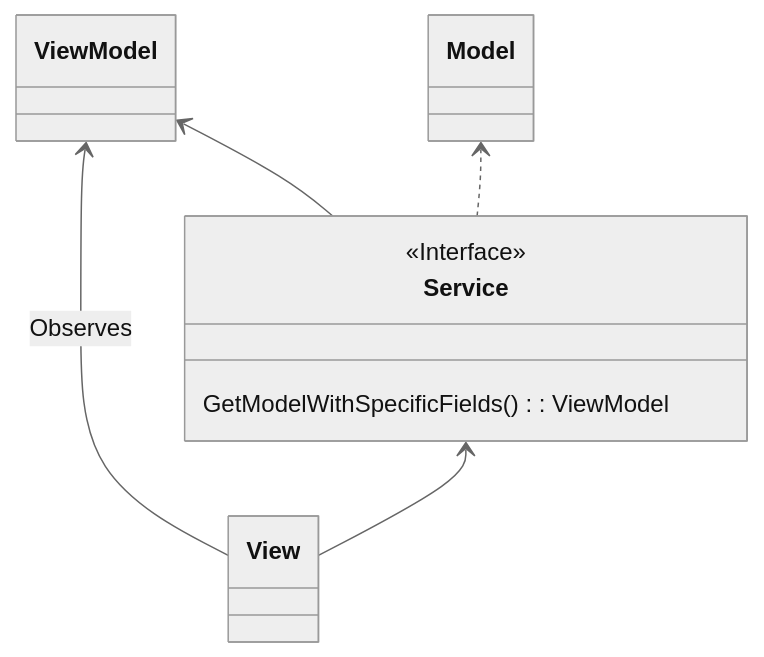
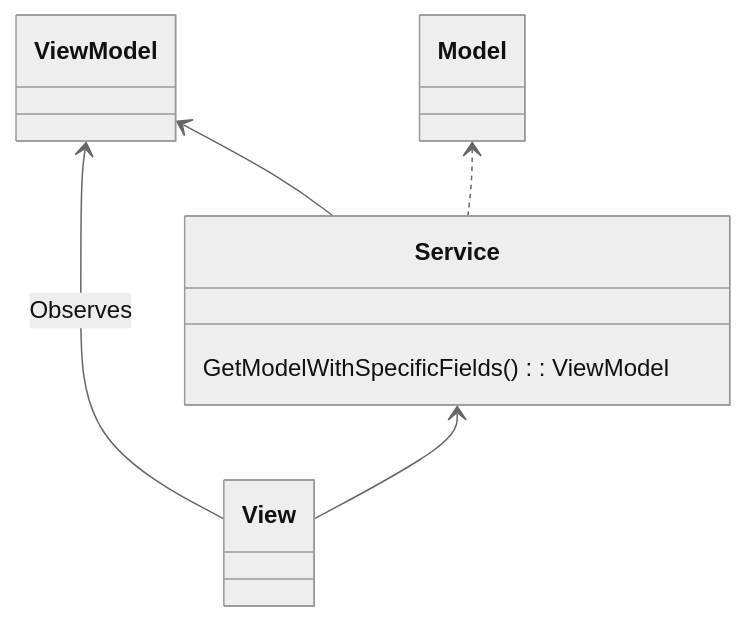
The diagram in Sotravel/docs/diagrams/sprint-1-report/view-layer.mmd (cs3217-2223/group-project-sotravel), drawn with Mermaid (neutral theme) before and after one commit. The commit also changed 9 other files, not shown here.

Commit message:
Update diagrams

```diff
--- a/Sotravel/docs/diagrams/sprint-1-report/view-layer.mmd
+++ b/Sotravel/docs/diagrams/sprint-1-report/view-layer.mmd
@@ -1,21 +1,13 @@
 classDiagram
     direction BT
     View --> ViewModel: Observes
     View --> Service
     Service ..> Model
     Service --> ViewModel
 
-    class View {
-    }
-
-
     class Service {
-        <<Interface>>
         GetModelWithSpecificFields(): ViewModel
     }
-
-    class ViewModel {
-    }
-
-    class Model {
-    }
+    class View {}
+    class ViewModel {}
+    class Model {}
```
